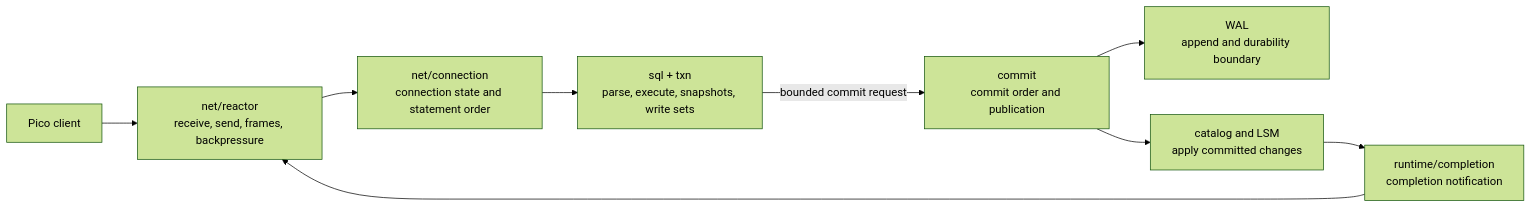
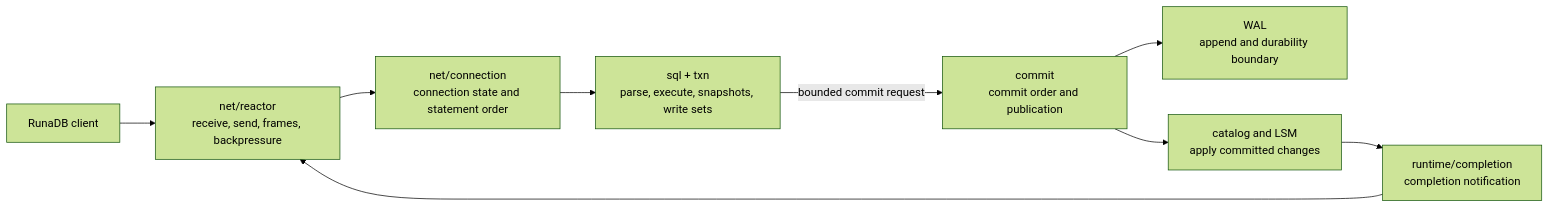
The diagram in docs/architecture/runtime-and-concurrency.md (viloris-org/Pico), drawn with Mermaid (forest theme) before and after one commit. The commit also changed other lines of this file and 62 other files, not shown here.

First line of the commit message:
rebrand: rename Pico → RunaDB / Runa

````diff
--- a/docs/architecture/runtime-and-concurrency.md
+++ b/docs/architecture/runtime-and-concurrency.md
@@ -32,11 +32,11 @@
 ```mermaid
 flowchart LR
-  client["Pico client"] --> reactor["net/reactor\nreceive, send, frames, backpressure"]
+  client["RunaDB client"] --> reactor["net/reactor\nreceive, send, frames, backpressure"]
   reactor --> connection["net/connection\nconnection state and statement order"]
   connection --> sql["sql + txn\nparse, execute, snapshots, write sets"]
   sql -->|"bounded commit request"| commit["commit\ncommit order and publication"]
   commit --> wal["WAL\nappend and durability boundary"]
   commit --> storage["catalog and LSM\napply committed changes"]
   storage --> completion["runtime/completion\ncompletion notification"]
   completion --> reactor
 ```
````
